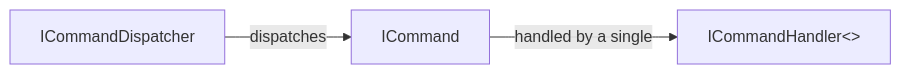
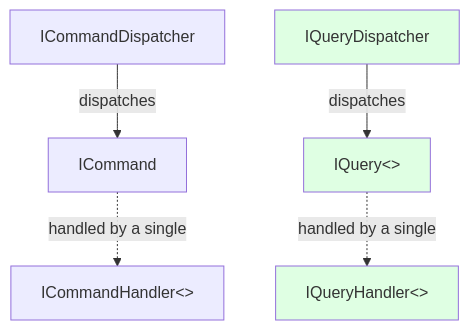
One commit to pierregillon/Crafty.CQRS changed the first of 2 diagrams in readme.md. Above: the diagram before and after it, drawn with Mermaid. The commit also changed other lines of this file, not shown here.

````diff
--- a/readme.md
+++ b/readme.md
@@ -10,6 +33,15 @@
 ```mermaid
-flowchart LR
-    A[ICommandDispatcher] -->|dispatches| B
-    B[ICommand] -->|handled by a single| C
-    C[ICommandHandler<>]
+flowchart TB
+    classDef query fill:#DFFFE3
+
+    CD[ICommandDispatcher] -->|dispatches| C
+    C[ICommand] -.->|handled by a single| CH
+    CH[ICommandHandler<>]
+
+    QD[IQueryDispatcher] -->|dispatches| Q
+    Q[IQuery<>] -.->|handled by a single| QH
+    QH[IQueryHandler<>]
+
+    class QD,Q,QH query;
+    
 ```
````
